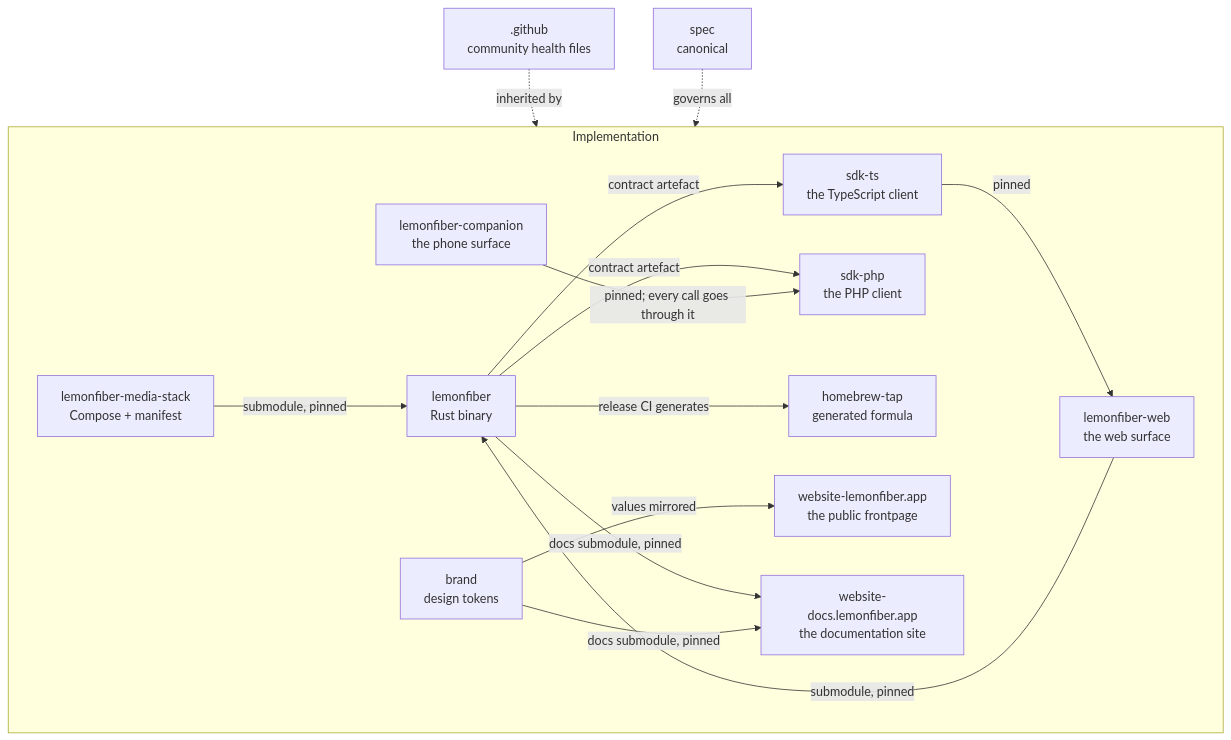
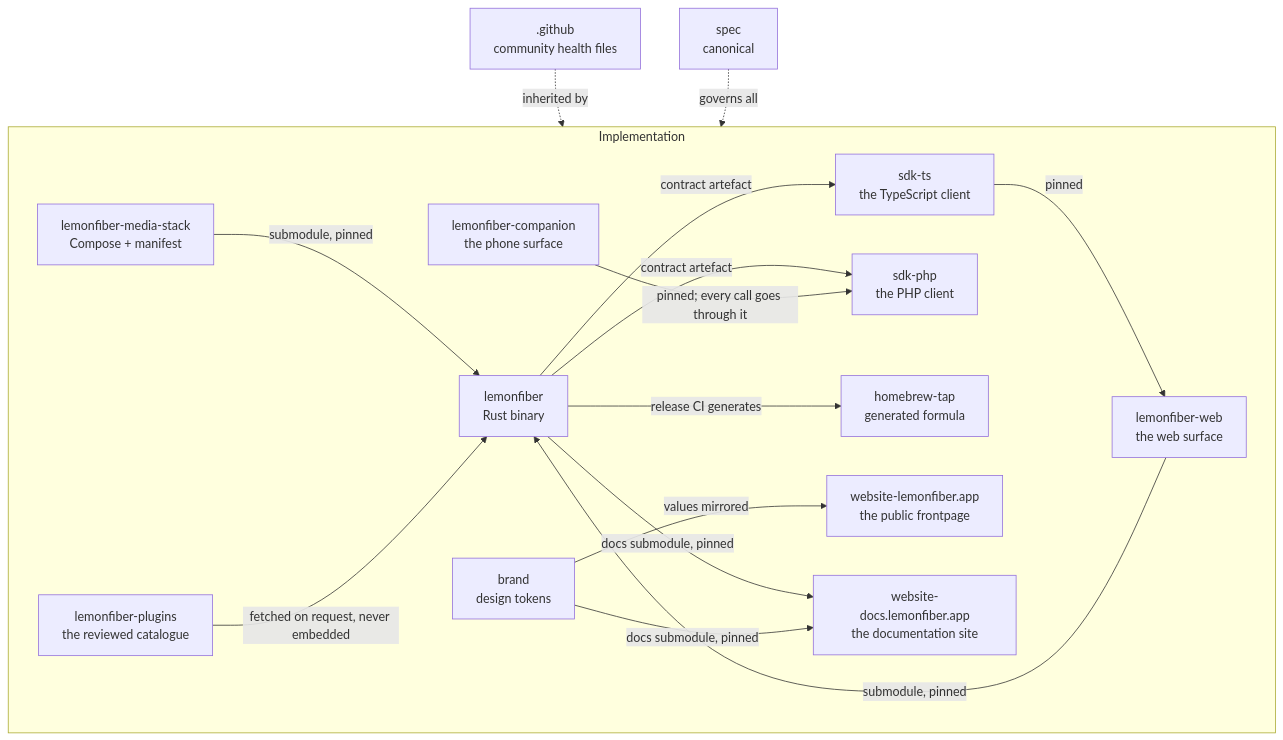
Before and after one commit to lemonfiber/spec: the diagram in 30-repos/README.md, drawn with Mermaid. The commit also changed other lines of this file and 4 other files, not shown here.

````diff
--- a/30-repos/README.md
+++ b/30-repos/README.md
@@ -13,31 +13,33 @@
 ```mermaid
 flowchart TD
     spec["spec<br/>canonical"]
     gh[".github<br/>community health files"]
 
     subgraph impl[Implementation]
         lemonfiber["lemonfiber<br/>Rust binary"]
         web["lemonfiber-web<br/>the web surface"]
         companion["lemonfiber-companion<br/>the phone surface"]
         sdk["sdk-ts<br/>the TypeScript client"]
         sdkphp["sdk-php<br/>the PHP client"]
         stack["lemonfiber-media-stack<br/>Compose + manifest"]
+        plugins["lemonfiber-plugins<br/>the reviewed catalogue"]
         tap["homebrew-tap<br/>generated formula"]
         site["website-lemonfiber.app<br/>the public frontpage"]
         docs["website-docs.lemonfiber.app<br/>the documentation site"]
         brand["brand<br/>design tokens"]
     end
 
     stack -->|submodule, pinned| lemonfiber
     web -->|submodule, pinned| lemonfiber
     sdk -->|pinned| web
     lemonfiber -->|contract artefact| sdk
     lemonfiber -->|contract artefact| sdkphp
     companion -->|pinned; every call goes through it| sdkphp
+    plugins -->|fetched on request, never embedded| lemonfiber
     lemonfiber -->|release CI generates| tap
     brand -->|values mirrored| site
     lemonfiber -->|docs submodule, pinned| docs
     brand -->|docs submodule, pinned| docs
     gh -.->|inherited by| impl
     spec -.->|governs all| impl
 ```
````
